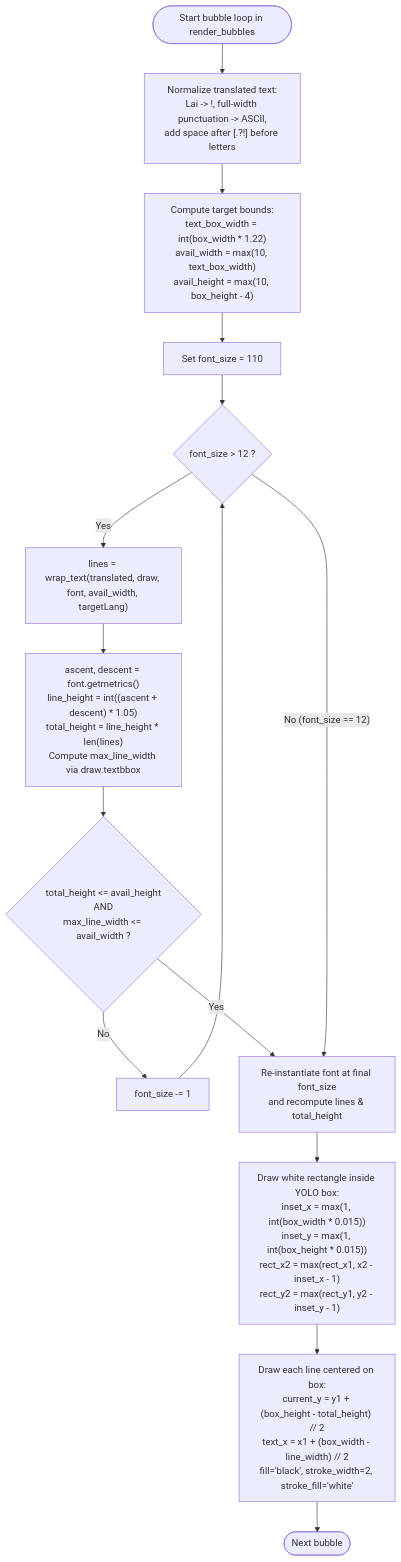
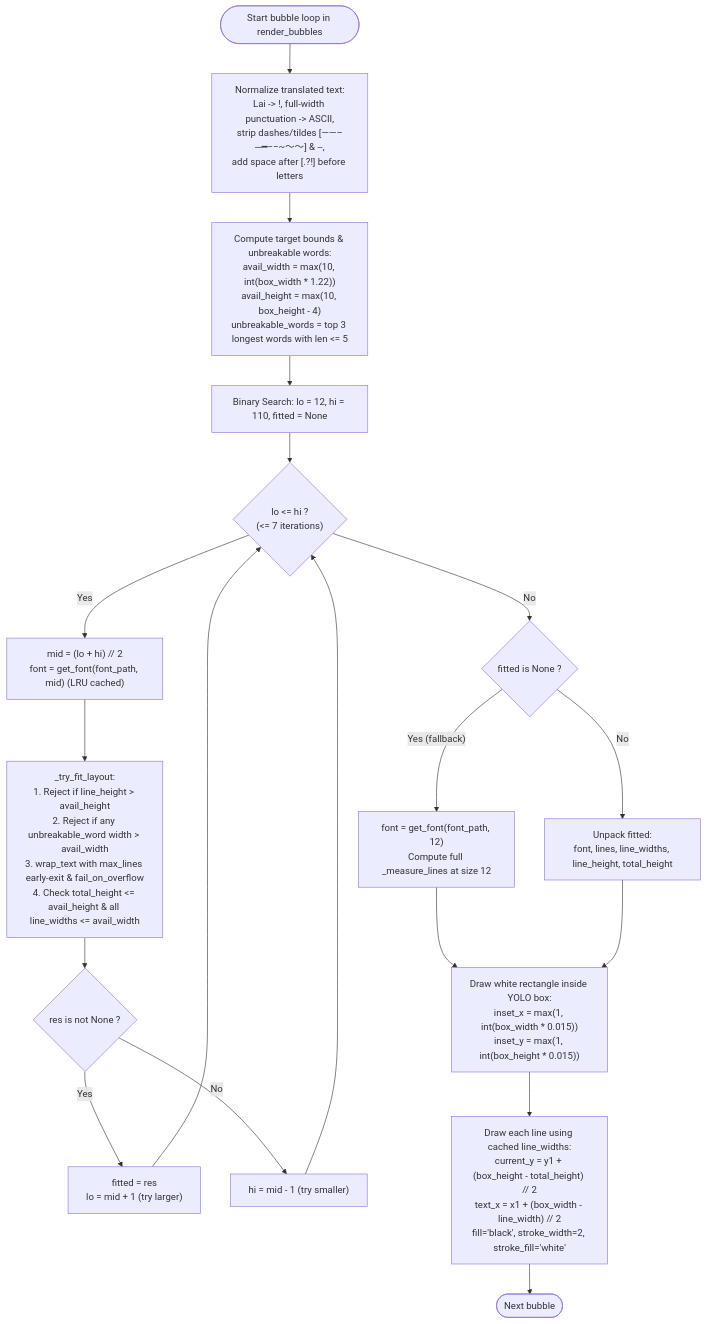
One commit to zurakats/comic-translator changed the third of 3 diagrams in docs/ARCHITECTURE.md. Above: the diagram before and after it, drawn with Mermaid. The commit also changed other lines of this file and 3 other files, not shown here.

Commit message:
docs: update README, ARCHITECTURE, and performance audit recap

````diff
--- a/docs/ARCHITECTURE.md
+++ b/docs/ARCHITECTURE.md
@@ -313,21 +327,25 @@
 ```mermaid
 flowchart TD
-    Start(["Start bubble loop in render_bubbles"]) --> PostProc["Normalize translated text:\nLai -> !, full-width punctuation -> ASCII,\nadd space after [.?!] before letters"]
-    PostProc --> Bounds["Compute target bounds:\ntext_box_width = int(box_width * 1.22)\navail_width = max(10, text_box_width)\navail_height = max(10, box_height - 4)"]
-    Bounds --> InitFont["Set font_size = 110"]
+    Start(["Start bubble loop in render_bubbles"]) --> PostProc["Normalize translated text:\nLai -> !, full-width punctuation -> ASCII,\nstrip dashes/tildes [―—–─━‒−~～〜] & --,\nadd space after [.?!] before letters"]
+    PostProc --> Bounds["Compute target bounds & unbreakable words:\navail_width = max(10, int(box_width * 1.22))\navail_height = max(10, box_height - 4)\nunbreakable_words = top 3 longest words with len <= 5"]
+    Bounds --> InitBS["Binary Search: lo = 12, hi = 110, fitted = None"]
 
-    InitFont --> LoopCond{"font_size > 12 ?"}
-    LoopCond -- Yes --> Wrap["lines = wrap_text(translated, draw, font, avail_width, targetLang)"]
-    Wrap --> Metrics["ascent, descent = font.getmetrics()\nline_height = int((ascent + descent) * 1.05)\ntotal_height = line_height * len(lines)\nCompute max_line_width via draw.textbbox"]
-    Metrics --> Fits{"total_height <= avail_height\nAND\nmax_line_width <= avail_width ?"}
+    InitBS --> LoopCond{"lo <= hi ?\n(<= 7 iterations)"}
+    LoopCond -- Yes --> Mid["mid = (lo + hi) // 2\nfont = get_font(font_path, mid) (LRU cached)"]
+    Mid --> TryFit["_try_fit_layout:\n1. Reject if line_height > avail_height\n2. Reject if any unbreakable_word width > avail_width\n3. wrap_text with max_lines early-exit & fail_on_overflow\n4. Check total_height <= avail_height & all line_widths <= avail_width"]
+    TryFit --> Fits{"res is not None ?"}
 
-    Fits -- No --> Dec["font_size -= 1"]
-    Dec --> LoopCond
+    Fits -- Yes --> SaveFit["fitted = res\nlo = mid + 1 (try larger)"]
+    SaveFit --> LoopCond
+    Fits -- No --> Shrink["hi = mid - 1 (try smaller)"]
+    Shrink --> LoopCond
 
-    Fits -- Yes --> FinalFont["Re-instantiate font at final font_size\nand recompute lines & total_height"]
-    LoopCond -- "No (font_size == 12)" --> FinalFont
+    LoopCond -- No --> CheckFit{"fitted is None ?"}
+    CheckFit -- "Yes (fallback)" --> Fallback12["font = get_font(font_path, 12)\nCompute full _measure_lines at size 12"]
+    CheckFit -- No --> UseFit["Unpack fitted:\nfont, lines, line_widths, line_height, total_height"]
 
-    FinalFont --> Rect["Draw white rectangle inside YOLO box:\ninset_x = max(1, int(box_width * 0.015))\ninset_y = max(1, int(box_height * 0.015))\nrect_x2 = max(rect_x1, x2 - inset_x - 1)\nrect_y2 = max(rect_y1, y2 - inset_y - 1)"]
-    Rect --> DrawLines["Draw each line centered on box:\ncurrent_y = y1 + (box_height - total_height) // 2\ntext_x = x1 + (box_width - line_width) // 2\nfill='black', stroke_width=2, stroke_fill='white'"]
+    Fallback12 --> Rect
+    UseFit --> Rect["Draw white rectangle inside YOLO box:\ninset_x = max(1, int(box_width * 0.015))\ninset_y = max(1, int(box_height * 0.015))"]
+    Rect --> DrawLines["Draw each line using cached line_widths:\ncurrent_y = y1 + (box_height - total_height) // 2\ntext_x = x1 + (box_width - line_width) // 2\nfill='black', stroke_width=2, stroke_fill='white'"]
     DrawLines --> Done(["Next bubble"])
 ```
````
